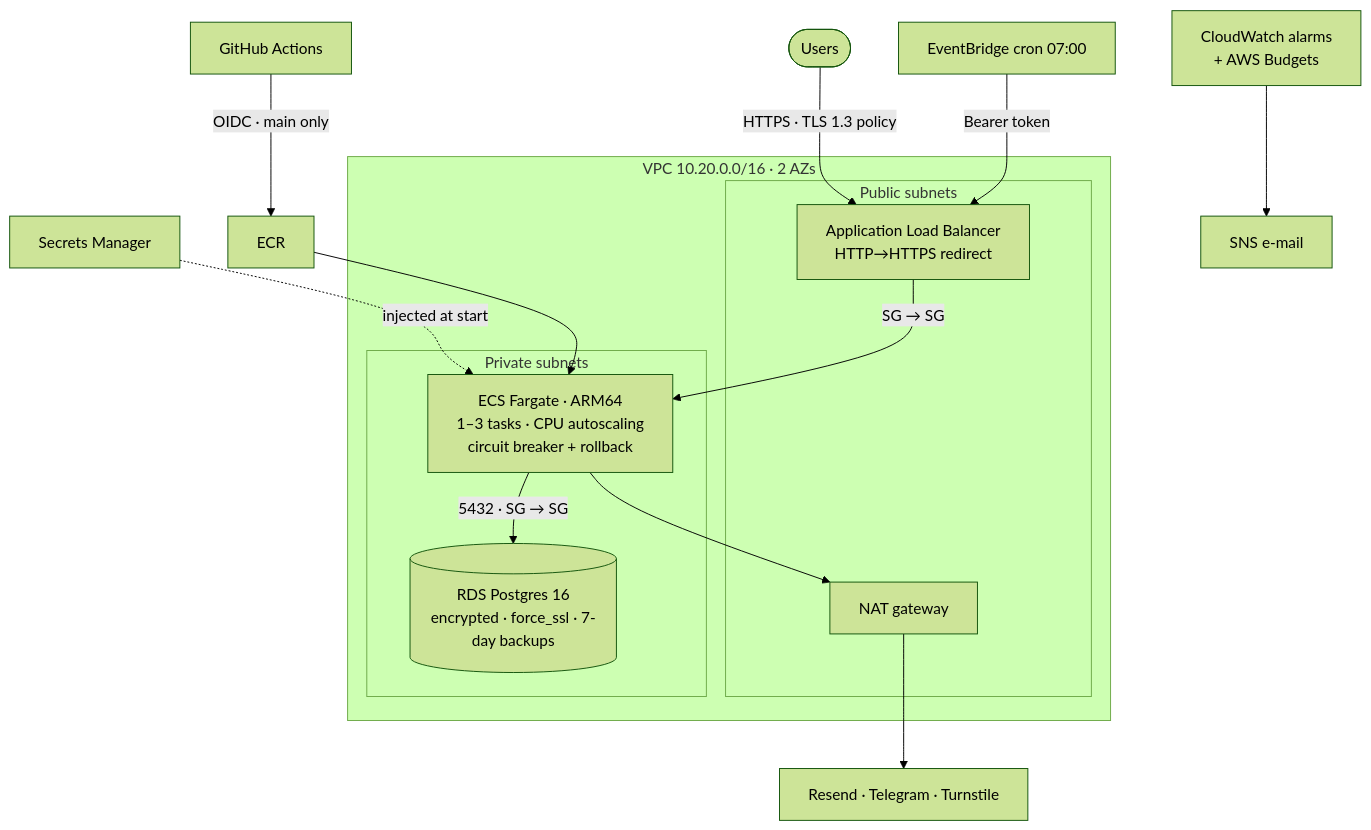
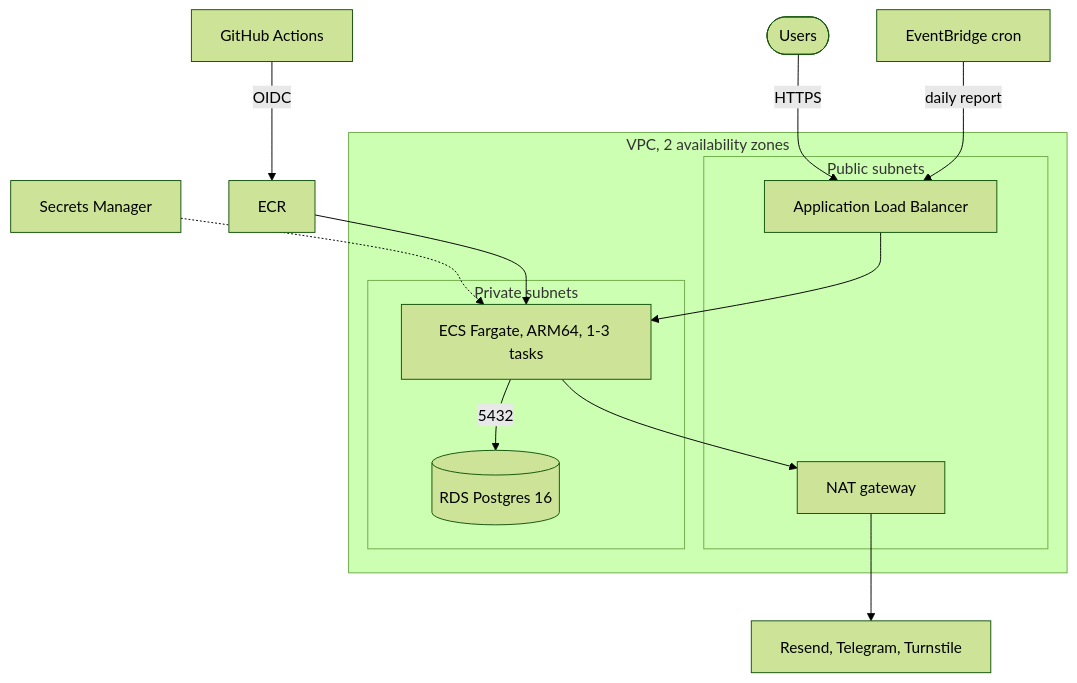
The diagram in README.md (faceitall123qwe-hub/repair-shop-aws-terraform), drawn with Mermaid (forest theme) before and after one commit. The commit also changed other lines of this file and 1 other file, not shown here.

````diff
--- a/README.md
+++ b/README.md
@@ -20,22 +10,21 @@
 ```mermaid
 flowchart TB
-    U([Users]) -->|HTTPS · TLS 1.3 policy| ALB
-    subgraph VPC["VPC 10.20.0.0/16 · 2 AZs"]
-        subgraph PUB[Public subnets]
-            ALB[Application Load Balancer<br/>HTTP→HTTPS redirect]
+    U([Users]) -->|HTTPS| ALB
+    subgraph VPC["VPC, 2 availability zones"]
+        subgraph Public subnets
+            ALB[Application Load Balancer]
             NAT[NAT gateway]
         end
-        subgraph PRIV[Private subnets]
-            ECS[ECS Fargate · ARM64<br/>1–3 tasks · CPU autoscaling<br/>circuit breaker + rollback]
-            RDS[(RDS Postgres 16<br/>encrypted · force_ssl · 7-day backups)]
+        subgraph Private subnets
+            ECS[ECS Fargate, ARM64, 1-3 tasks]
+            RDS[(RDS Postgres 16)]
         end
-        ALB -->|SG → SG| ECS
-        ECS -->|5432 · SG → SG| RDS
+        ALB --> ECS
+        ECS -->|5432| RDS
         ECS --> NAT
     end
-    NAT --> EXT[Resend · Telegram · Turnstile]
-    SM[Secrets Manager] -.injected at start.-> ECS
-    EB[EventBridge cron 07:00] -->|Bearer token| ALB
-    GH[GitHub Actions] -->|OIDC · main only| ECR[ECR] --> ECS
-    CW[CloudWatch alarms<br/>+ AWS Budgets] --> SNS[SNS e-mail]
+    NAT --> EXT[Resend, Telegram, Turnstile]
+    SM[Secrets Manager] -.-> ECS
+    EB[EventBridge cron] -->|daily report| ALB
+    GH[GitHub Actions] -->|OIDC| ECR --> ECS
 ```
````
